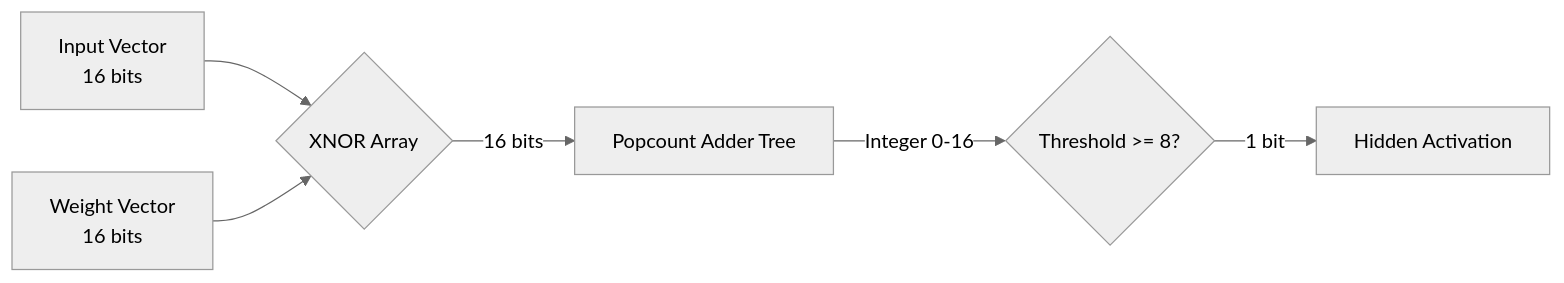
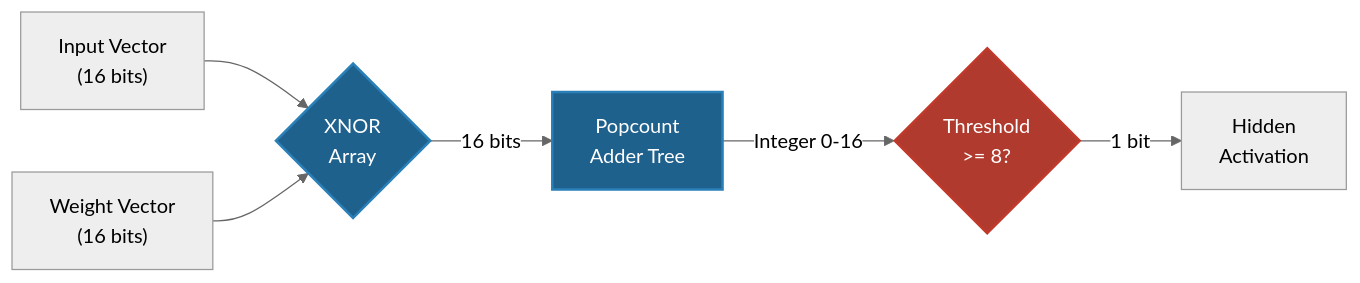
Before and after one commit to SushantGagneja/ultra-low-latency-ML-inference-on-FPGA: the second of 3 diagrams in README.md, drawn with Mermaid (neutral theme). The commit also changed other lines of this file, not shown here.

````diff
--- a/README.md
+++ b/README.md
@@ -86,8 +88,12 @@
 ```mermaid
 flowchart LR
-    X[Input Vector\n16 bits] --> XNOR{XNOR Array}
-    W[Weight Vector\n16 bits] --> XNOR
-    XNOR -->|16 bits| POP[Popcount Adder Tree]
-    POP -->|Integer 0-16| THRESH{Threshold >= 8?}
-    THRESH -->|1 bit| H[Hidden Activation]
+    X["Input Vector<br>(16 bits)"] --> XNOR{"XNOR<br>Array"}
+    W["Weight Vector<br>(16 bits)"] --> XNOR
+    XNOR -->|"16 bits"| POP["Popcount<br>Adder Tree"]
+    POP -->|"Integer 0-16"| THRESH{"Threshold<br>>= 8?"}
+    THRESH -->|"1 bit"| H["Hidden<br>Activation"]
+    
+    style XNOR fill:#1f618d,stroke:#2980b9,stroke-width:2px,color:#fff
+    style POP fill:#1f618d,stroke:#2980b9,stroke-width:2px,color:#fff
+    style THRESH fill:#b03a2e,stroke:#c0392b,stroke-width:2px,color:#fff
 ```
````
